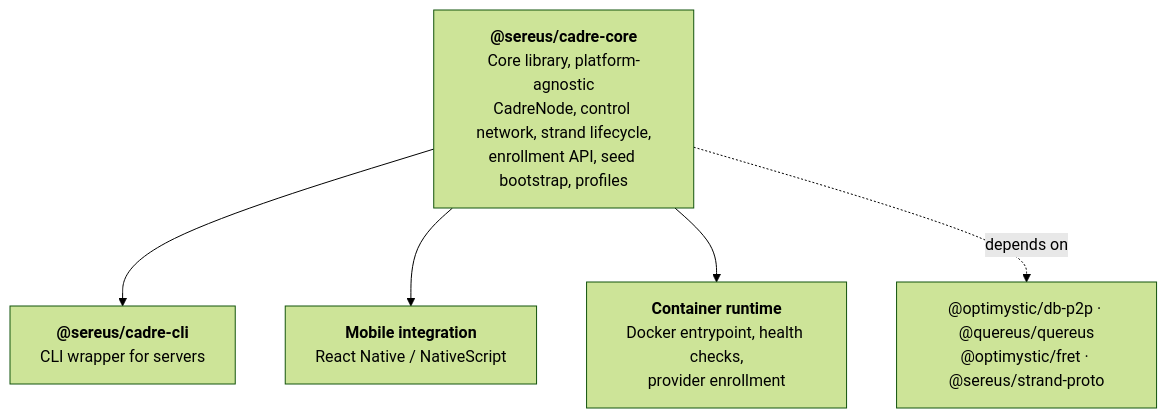
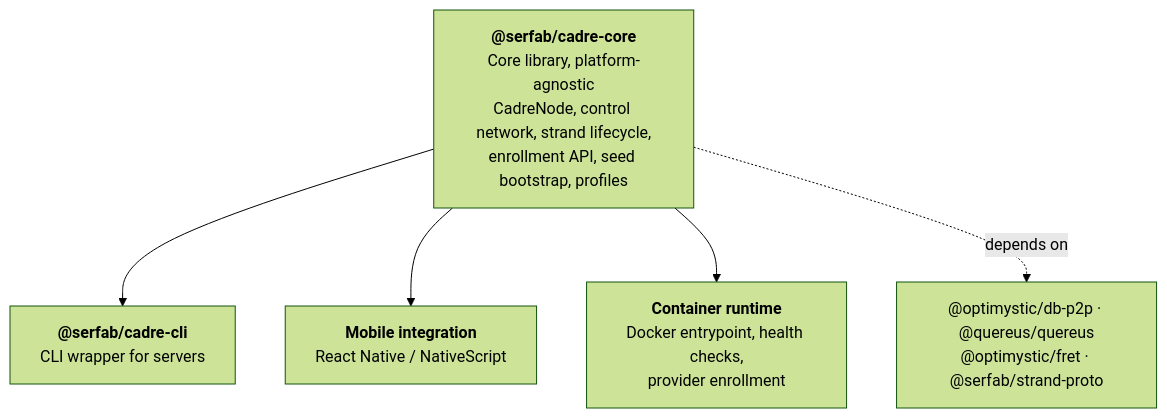
Before and after one commit to gotchoices/sereus-new: diagram 12 of 12 in docs/cadre-architecture.md, drawn with Mermaid (forest theme). The commit also changed other lines of this file and 41 other files, not shown here.

````diff
--- a/docs/cadre-architecture.md
+++ b/docs/cadre-architecture.md
@@ -587,11 +587,11 @@
 ```mermaid
 graph TD
-    CC["<b>@sereus/cadre-core</b><br/>Core library, platform-agnostic<br/>CadreNode, control network, strand lifecycle,<br/>enrollment API, seed bootstrap, profiles"]
-    CLI["<b>@sereus/cadre-cli</b><br/>CLI wrapper for servers"]
+    CC["<b>@serfab/cadre-core</b><br/>Core library, platform-agnostic<br/>CadreNode, control network, strand lifecycle,<br/>enrollment API, seed bootstrap, profiles"]
+    CLI["<b>@serfab/cadre-cli</b><br/>CLI wrapper for servers"]
     MOB["<b>Mobile integration</b><br/>React Native / NativeScript"]
     CTR["<b>Container runtime</b><br/>Docker entrypoint, health checks,<br/>provider enrollment"]
     CC --> CLI
     CC --> MOB
     CC --> CTR
-    CC -.->|depends on| DEP["@optimystic/db-p2p · @quereus/quereus<br/>@optimystic/fret · @sereus/strand-proto"]
+    CC -.->|depends on| DEP["@optimystic/db-p2p · @quereus/quereus<br/>@optimystic/fret · @serfab/strand-proto"]
 ```
````
